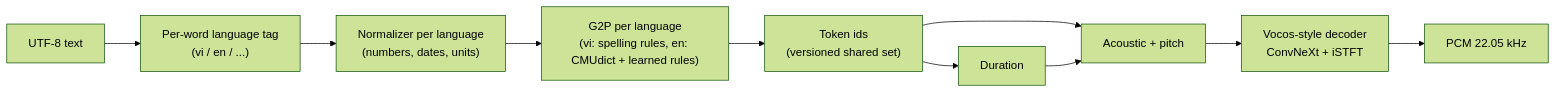
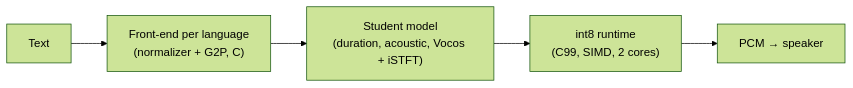
Before and after one commit to tuanpmt/vtts: the diagram in README.md, drawn with Mermaid (forest theme). The commit also changed other lines of this file and 57 other files, not shown here.

````diff
--- a/README.md
+++ b/README.md
@@ -205,12 +38,7 @@
 ```mermaid
 flowchart LR
-    T["UTF-8 text"] --> L["Per-word language tag<br/>(vi / en / ...)"]
-    L --> N["Normalizer per language<br/>(numbers, dates, units)"]
-    N --> G["G2P per language<br/>(vi: spelling rules, en: CMUdict + learned rules)"]
-    G --> I["Token ids<br/>(versioned shared set)"]
-    I --> D["Duration"]
-    I --> A["Acoustic + pitch"]
-    D --> A
-    A --> V["Vocos-style decoder<br/>ConvNeXt + iSTFT"]
-    V --> P["PCM 22.05 kHz"]
+    T["Text"] --> F["Front-end per language<br/>(normalizer + G2P, C)"]
+    F --> S["Student model<br/>(duration, acoustic, Vocos + iSTFT)"]
+    S --> R["int8 runtime<br/>(C99, SIMD, 2 cores)"]
+    R --> P["PCM → speaker"]
 ```
````
